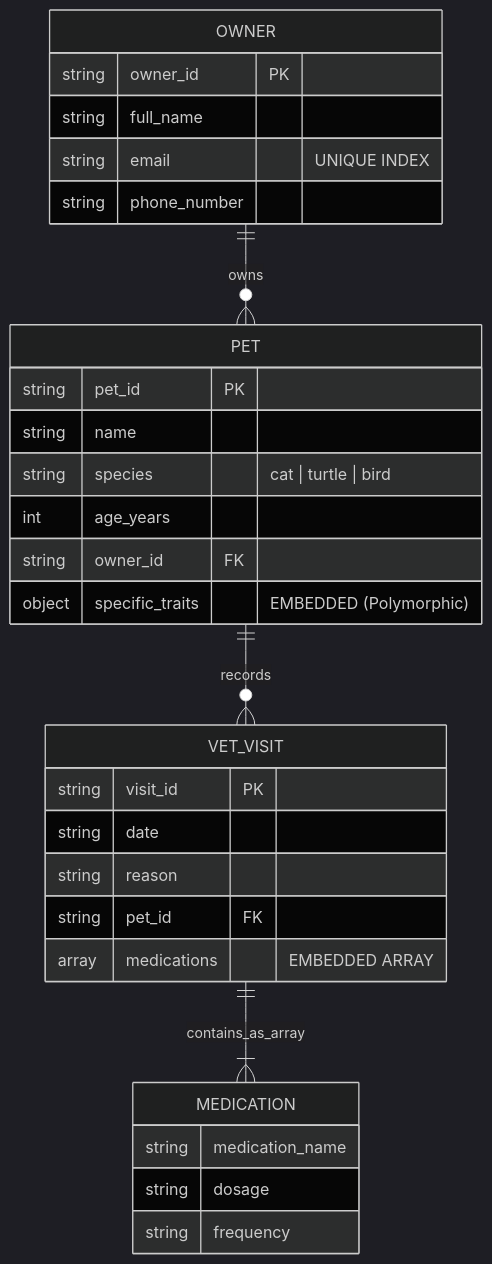
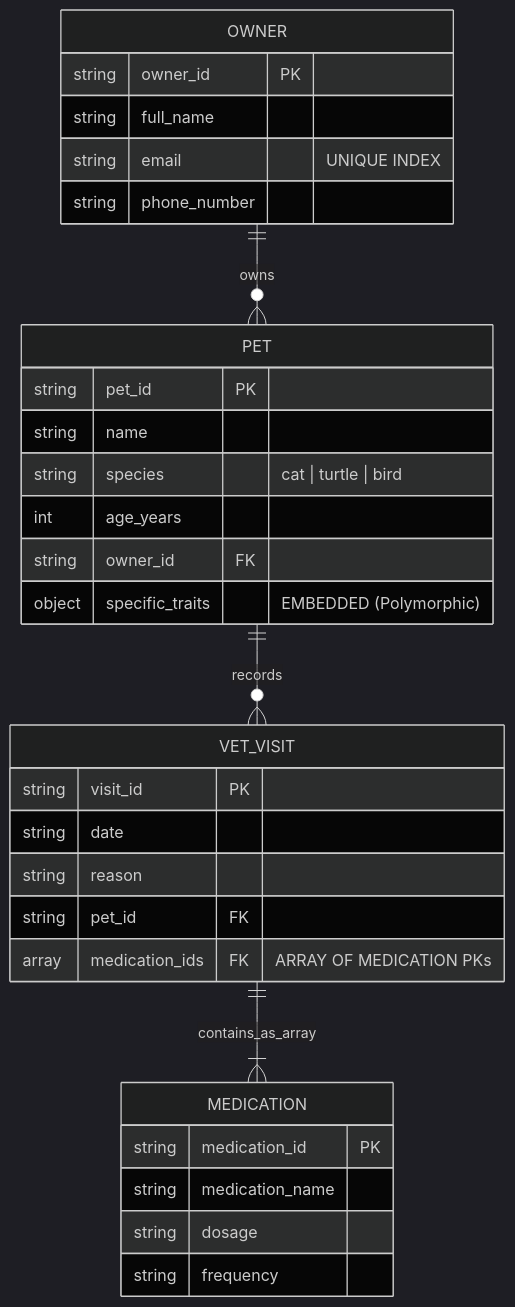
One commit to Tammym3s2/Registro-m-dico- changed the diagram in docs/schema.md. Above: the diagram before and after it, drawn with Mermaid (dark theme).

````diff
--- a/docs/schema.md
+++ b/docs/schema.md
@@ -1,36 +1,37 @@
 ```mermaid
 erDiagram
     OWNER ||--o{ PET : owns
     PET ||--o{ VET_VISIT : records
     VET_VISIT ||--|{ MEDICATION : contains_as_array
 
     OWNER {
         string owner_id PK
         string full_name
         string email "UNIQUE INDEX"
         string phone_number
     }
 
     PET {
         string pet_id PK
         string name
         string species "cat | turtle | bird"
         int age_years
         string owner_id FK
         object specific_traits "EMBEDDED (Polymorphic)"
     }
 
-    VET_VISIT {
+   VET_VISIT {
         string visit_id PK
         string date
         string reason
         string pet_id FK
-        array medications "EMBEDDED ARRAY"
+        array medication_ids FK "ARRAY OF MEDICATION PKs"
     }
 
     MEDICATION {
+        string medication_id PK
         string medication_name
         string dosage
         string frequency
     }
 ```
````
